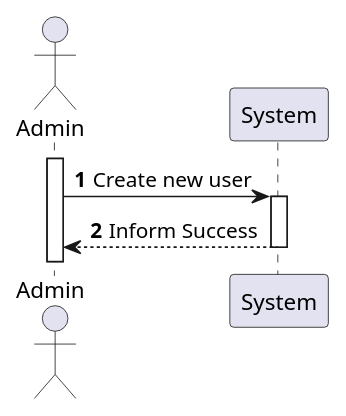
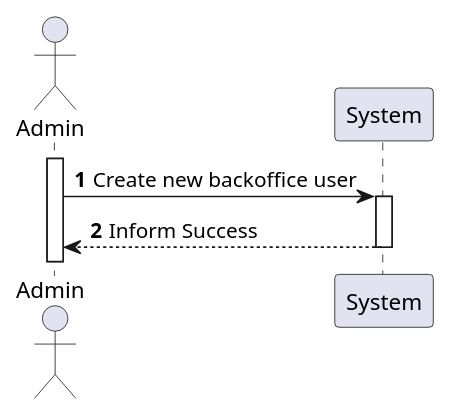
The diagram in docs/US_10/Diagrams/Level1/ProcessView.puml (Pedro-Pereira1/sem5pi_23_24_g056_Auth), drawn with PlantUML before and after one commit. The commit also changed 5 other files, not shown here.

```diff
--- a/docs/US_10/Diagrams/Level1/ProcessView.puml
+++ b/docs/US_10/Diagrams/Level1/ProcessView.puml
@@ -1,13 +1,13 @@
 @startuml
 'https://plantuml.com/sequence-diagram
 
 autonumber
 actor "Admin" as Adm
 
 activate Adm
-Adm -> System: Create new user 
+Adm -> System: Create new backoffice user 
 activate System
 Adm <-- System: Inform Success
 deactivate System
 
 @enduml
```
